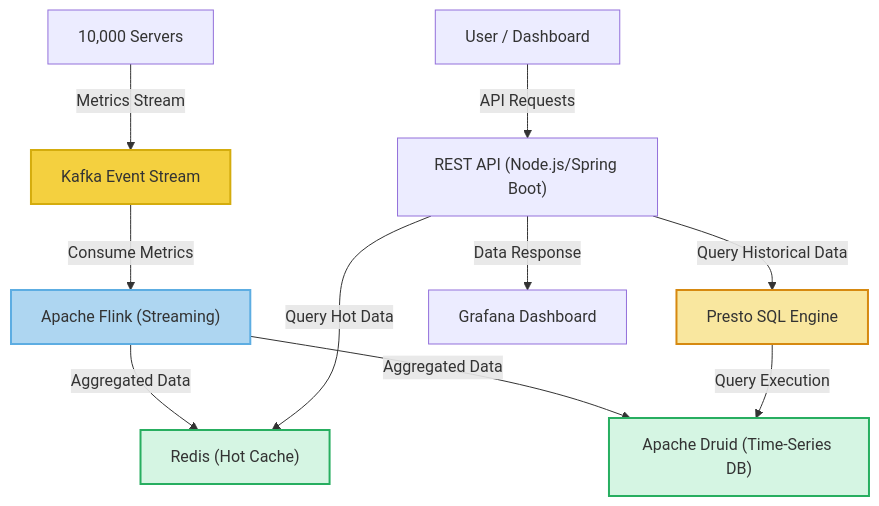
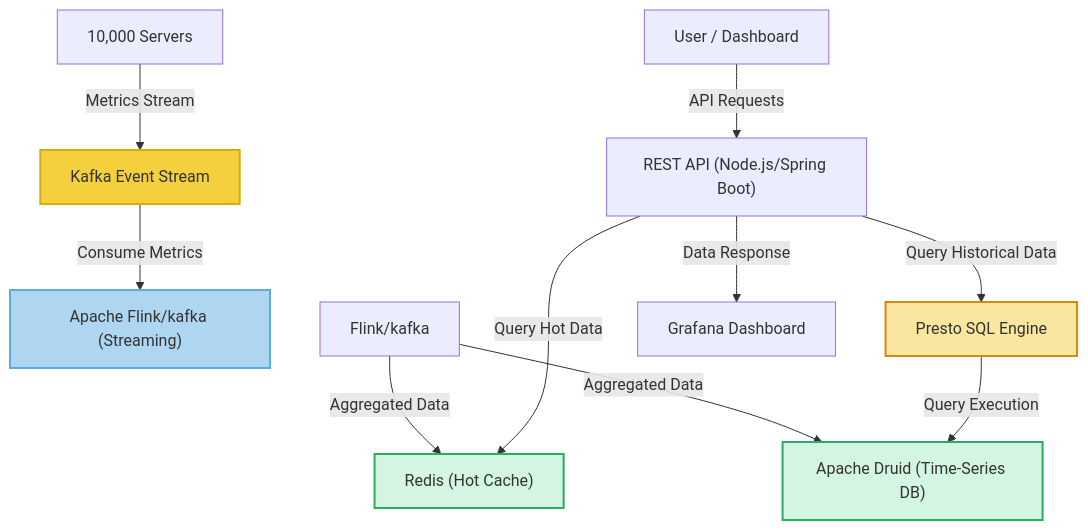
Before and after one commit to deveshyadav/algos: the diagram in system-designs/templates/DatadogDesign.md, drawn with Mermaid.

````diff
--- a/system-designs/templates/DatadogDesign.md
+++ b/system-designs/templates/DatadogDesign.md
@@ -117,30 +117,30 @@
 ```mermaid
 graph TD;
     %% Ingestion Layer
     Servers["10,000 Servers"] -->|Metrics Stream| Kafka["Kafka Event Stream"]
 
     %% Processing Layer
-    Kafka -->|Consume Metrics| Flink["Apache Flink (Streaming)"]
-    Flink -->|Aggregated Data| Redis["Redis (Hot Cache)"]
-    Flink -->|Aggregated Data| Druid["Apache Druid (Time-Series DB)"]
+    Kafka -->|Consume Metrics| Flink["Apache Flink/kafka (Streaming)"]
+    Flink/kafka -->|Aggregated Data| Redis["Redis (Hot Cache)"]
+    Flink/kafka -->|Aggregated Data| Druid["Apache Druid (Time-Series DB)"]
 
     %% Query Layer
     User["User / Dashboard"] -->|API Requests| API["REST API (Node.js/Spring Boot)"]
     API -->|Query Hot Data| Redis
     API -->|Query Historical Data| Presto["Presto SQL Engine"]
     Presto -->|Query Execution| Druid
 
     %% Visualization
     API -->|Data Response| Grafana["Grafana Dashboard"]
 
     %% Legend
     classDef ingestion fill:#f4d03f,stroke:#d4ac0d,stroke-width:2px;
     classDef processing fill:#aed6f1,stroke:#5dade2,stroke-width:2px;
     classDef database fill:#d5f5e3,stroke:#27ae60,stroke-width:2px;
     classDef query fill:#f9e79f,stroke:#d68910,stroke-width:2px;
 
     class Kafka ingestion;
     class Flink processing;
     class Druid,Redis database;
     class Presto query;
 ```
````
